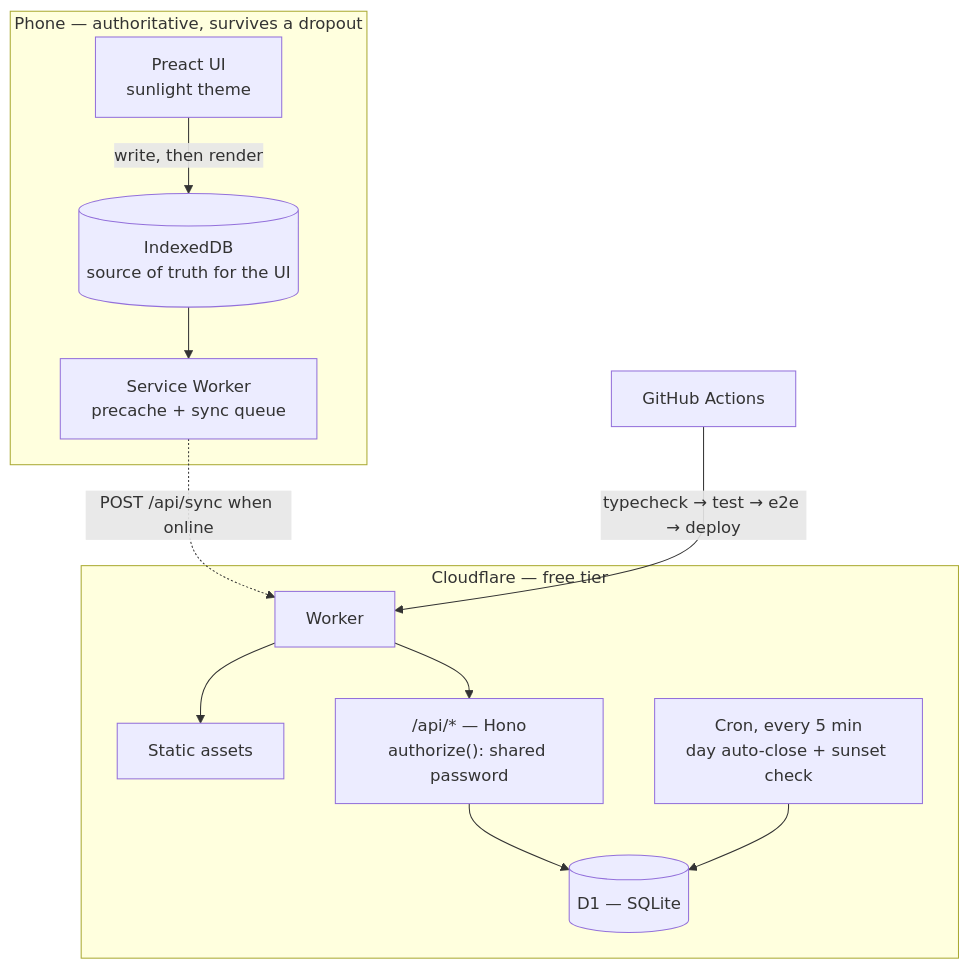
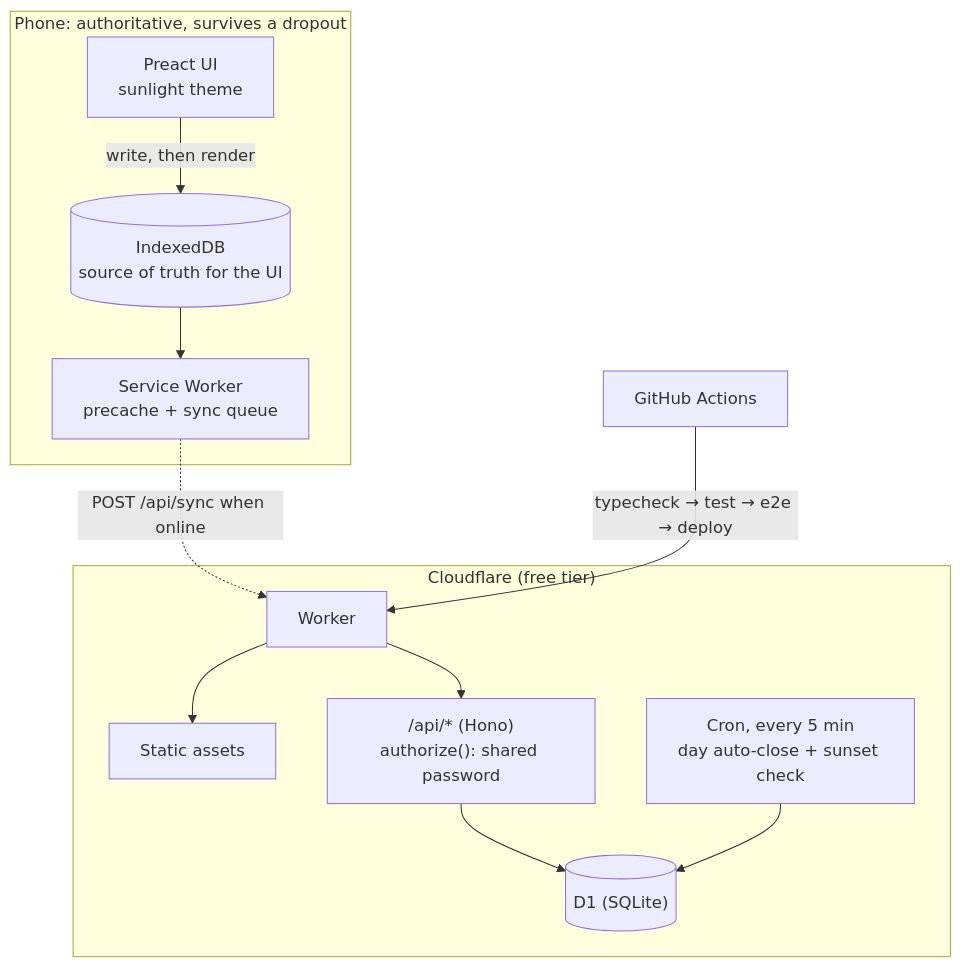
One commit to nikospavlopoulos/sd-ground-demo changed the diagram in README.md. Above: the diagram before and after it, drawn with Mermaid. The commit also changed other lines of this file, not shown here.

````diff
--- a/README.md
+++ b/README.md
@@ -78,24 +78,24 @@
 ```mermaid
 flowchart TD
-    subgraph P["Phone — authoritative, survives a dropout"]
+    subgraph P["Phone: authoritative, survives a dropout"]
         UI["Preact UI<br/>sunlight theme"]
         IDB[("IndexedDB<br/>source of truth for the UI")]
         SW["Service Worker<br/>precache + sync queue"]
         UI -->|"write, then render"| IDB --> SW
     end
 
     SW -.->|"POST /api/sync when online"| W
 
-    subgraph CF["Cloudflare — free tier"]
+    subgraph CF["Cloudflare (free tier)"]
         W["Worker"]
         A["Static assets"]
-        API["/api/* — Hono<br/>authorize(): shared password"]
-        D1[("D1 — SQLite")]
+        API["/api/* (Hono)<br/>authorize(): shared password"]
+        D1[("D1 (SQLite)")]
         CRON["Cron, every 5 min<br/>day auto-close + sunset check"]
         W --> A
         W --> API --> D1
         CRON --> D1
     end
 
     GH["GitHub Actions"] -->|"typecheck → test → e2e → deploy"| W
 ```
````
